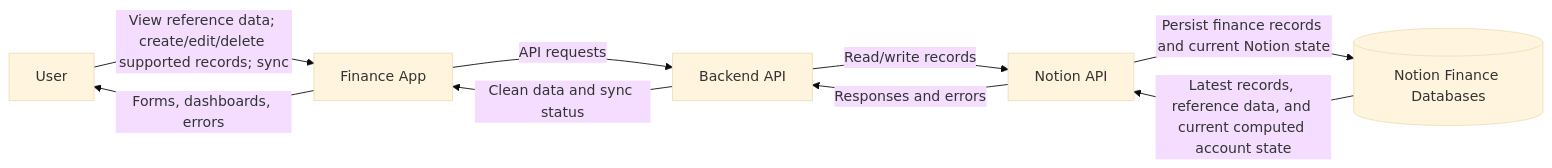
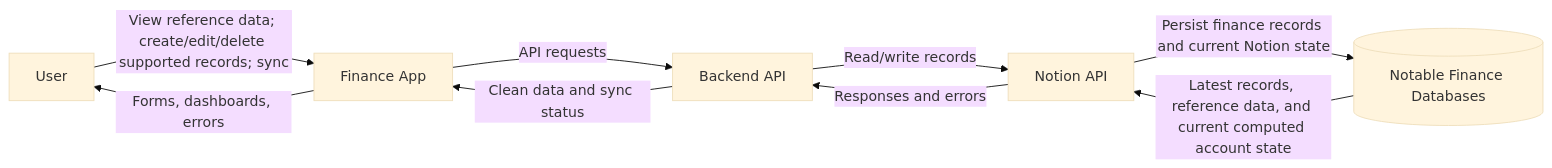
Before and after one commit to work-w-chrstnrpj/Notable_Finance: the first of 3 diagrams in wiki/diagrams/data-flow.md, drawn with Mermaid (base theme). The commit also changed other lines of this file and 19 other files, not shown here.

````diff
--- a/wiki/diagrams/data-flow.md
+++ b/wiki/diagrams/data-flow.md
@@ -9,17 +9,17 @@
 ```mermaid
 flowchart LR
     User[User]
     App[Finance App]
     Backend[Backend API]
     Notion[Notion API]
-    Workspace[(Notion Finance Databases)]
+    Workspace[(Notable Finance Databases)]
 
     User -->|View reference data; create/edit/delete supported records; sync| App
     App -->|API requests| Backend
     Backend -->|Read/write records| Notion
     Notion -->|Persist finance records and current Notion state| Workspace
     Workspace -->|Latest records, reference data, and current computed account state| Notion
     Notion -->|Responses and errors| Backend
     Backend -->|Clean data and sync status| App
     App -->|Forms, dashboards, errors| User
 ```
````
